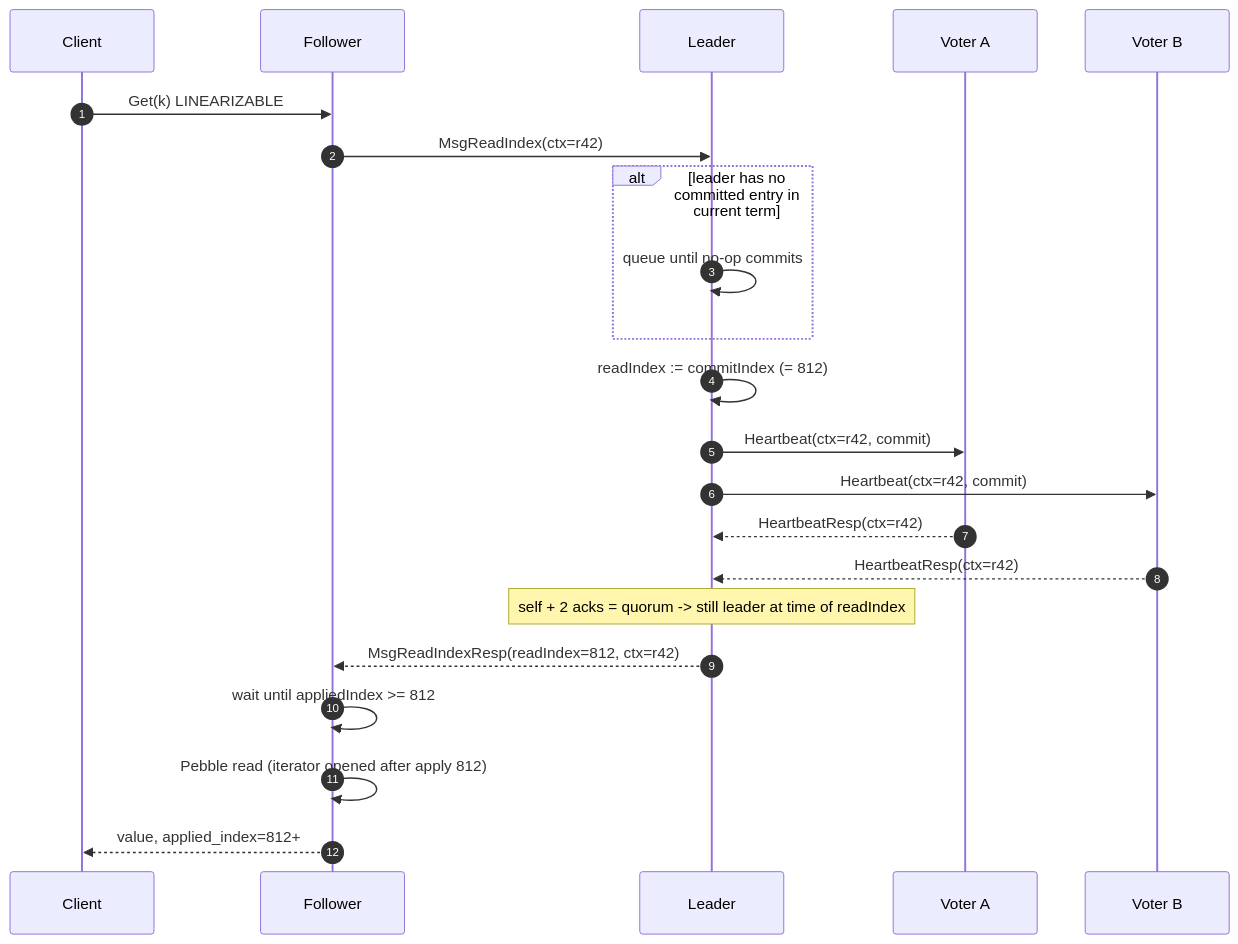
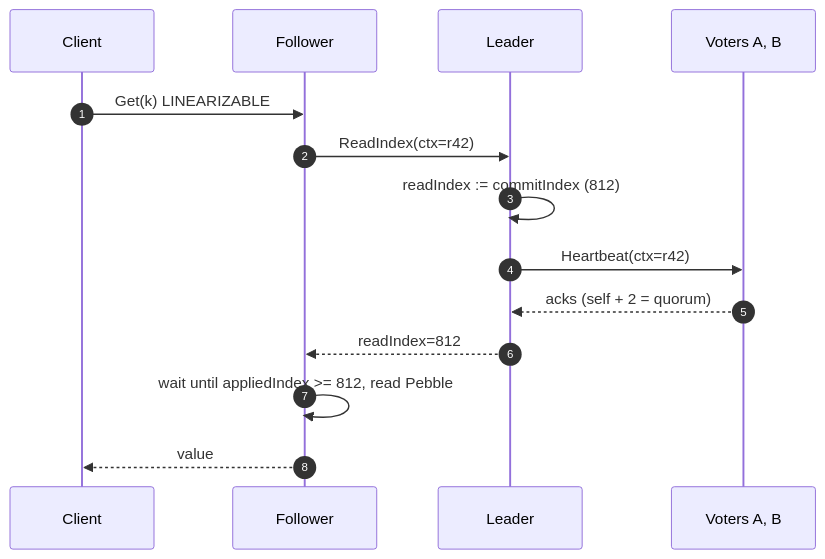
The third of 5 diagrams in docs/system-design.md (bibekgupta3333/raftkv-distributed-store), drawn with Mermaid before and after one commit. The commit also changed other lines of this file and 3 other files, not shown here.

First line of the commit message:
docs: simplify architecture, system, API and storage design

````diff
--- a/docs/system-design.md
+++ b/docs/system-design.md
@@ -188,25 +159,17 @@
 ```mermaid
 sequenceDiagram
     autonumber
     participant C as Client
     participant F as Follower
     participant L as Leader
-    participant V1 as Voter A
-    participant V2 as Voter B
+    participant V as Voters A, B
 
     C->>F: Get(k) LINEARIZABLE
-    F->>L: MsgReadIndex(ctx=r42)
-    alt leader has no committed entry in current term
-        L->>L: queue until no-op commits
-    end
-    L->>L: readIndex := commitIndex (= 812)
-    L->>V1: Heartbeat(ctx=r42, commit)
-    L->>V2: Heartbeat(ctx=r42, commit)
-    V1-->>L: HeartbeatResp(ctx=r42)
-    V2-->>L: HeartbeatResp(ctx=r42)
-    Note over L: self + 2 acks = quorum -> still leader at time of readIndex
-    L-->>F: MsgReadIndexResp(readIndex=812, ctx=r42)
-    F->>F: wait until appliedIndex >= 812
-    F->>F: Pebble read (iterator opened after apply 812)
-    F-->>C: value, applied_index=812+
+    F->>L: ReadIndex(ctx=r42)
+    L->>L: readIndex := commitIndex (812)
+    L->>V: Heartbeat(ctx=r42)
+    V-->>L: acks (self + 2 = quorum)
+    L-->>F: readIndex=812
+    F->>F: wait until appliedIndex >= 812, read Pebble
+    F-->>C: value
 ```
````
